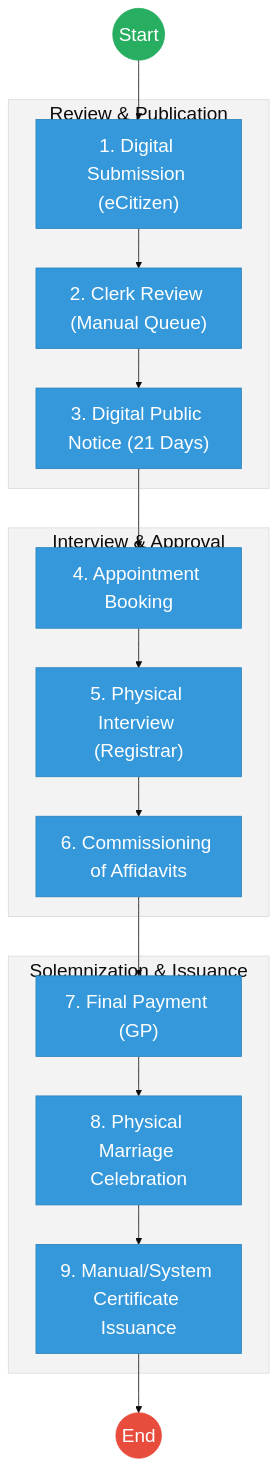
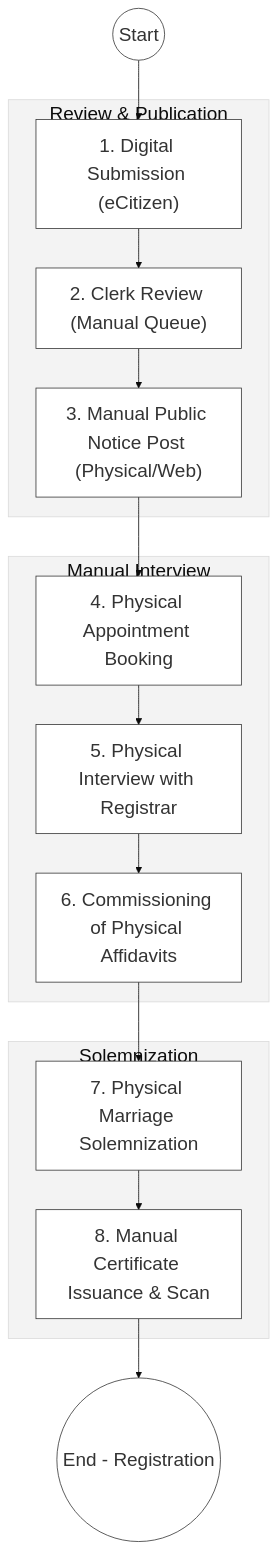
One commit to BITZ-IT-Consulting-LTD/ictapoc changed the first of 2 diagrams in mdas/docs_final/priority_mdas/OFFICE_OF_THE_ATTORNEY_GENERAL_AG___Service_Delivery.md. Above: the diagram before and after it, drawn with Mermaid. The commit also changed other lines of this file and 37 other files, not shown here.

````diff
--- a/mdas/docs_final/priority_mdas/OFFICE_OF_THE_ATTORNEY_GENERAL_AG___Service_Delivery.md
+++ b/mdas/docs_final/priority_mdas/OFFICE_OF_THE_ATTORNEY_GENERAL_AG___Service_Delivery.md
@@ -59,32 +77,23 @@
 ```mermaid
 %%{init: { 'theme': 'base', 'themeVariables': { 'fontSize': '24px', 'fontFamily': 'Inter, system-ui, sans-serif', 'primaryColor': '#ffffff', 'edgeLabelBackground':'#ffffff', 'tertiaryColor': '#f3f3f3', 'mainBkg': '#ffffff', 'nodeBorder': '#333333' } } }%%
 flowchart TD
     Start((Start)) --> Apply["1. Digital Submission (eCitizen)"]
     
-    subgraph Intake["Review & Publication"]
+    subgraph Intake_Silo["Review & Publication"]
         Apply --> Review["2. Clerk Review (Manual Queue)"]
-        Review --> Notice["3. Digital Public Notice (21 Days)"]
+        Review --> Notice["3. Manual Public Notice Post (Physical/Web)"]
     end
 
-    subgraph Verification["Interview & Approval"]
-        Notice --> Book["4. Appointment Booking"]
-        Book --> Interview["5. Physical Interview (Registrar)"]
-        Interview --> Affid["6. Commissioning of Affidavits"]
+    subgraph Verification_Layer["Manual Interview"]
+        Notice --> Book["4. Physical Appointment Booking"]
+        Book --> Interview["5. Physical Interview with Registrar"]
+        Interview --> Affid["6. Commissioning of Physical Affidavits"]
     end
 
-    subgraph Celebration["Solemnization & Issuance"]
-        Affid --> Pay["7. Final Payment (GP)"]
-        Pay --> Ceremony["8. Physical Marriage Celebration"]
-        Ceremony --> Issue["9. Manual/System Certificate Issuance"]
+    subgraph Celebration_Silo["Solemnization"]
+        Affid --> Ceremony["7. Physical Marriage Solemnization"]
+        Ceremony --> Issue["8. Manual Certificate Issuance & Scan"]
     end
 
-    Issue --> End((End))
-
-    classDef start fill:#27ae60,stroke:#27ae60,color:#fff,font-size:24px;;
-    classDef endNode fill:#e74c3c,stroke:#e74c3c,color:#fff,font-size:24px;;
-    classDef userTask fill:#3498db,stroke:#2980b9,color:#fff,font-size:24px;;
-    
-    class Start start;
-    class End endNode;
-    class Apply,Review,Notice,Book,Interview,Affid,Pay,Ceremony,Issue userTask;
+    Issue --> EndProcess(("End - Registration"))
 ```
````
